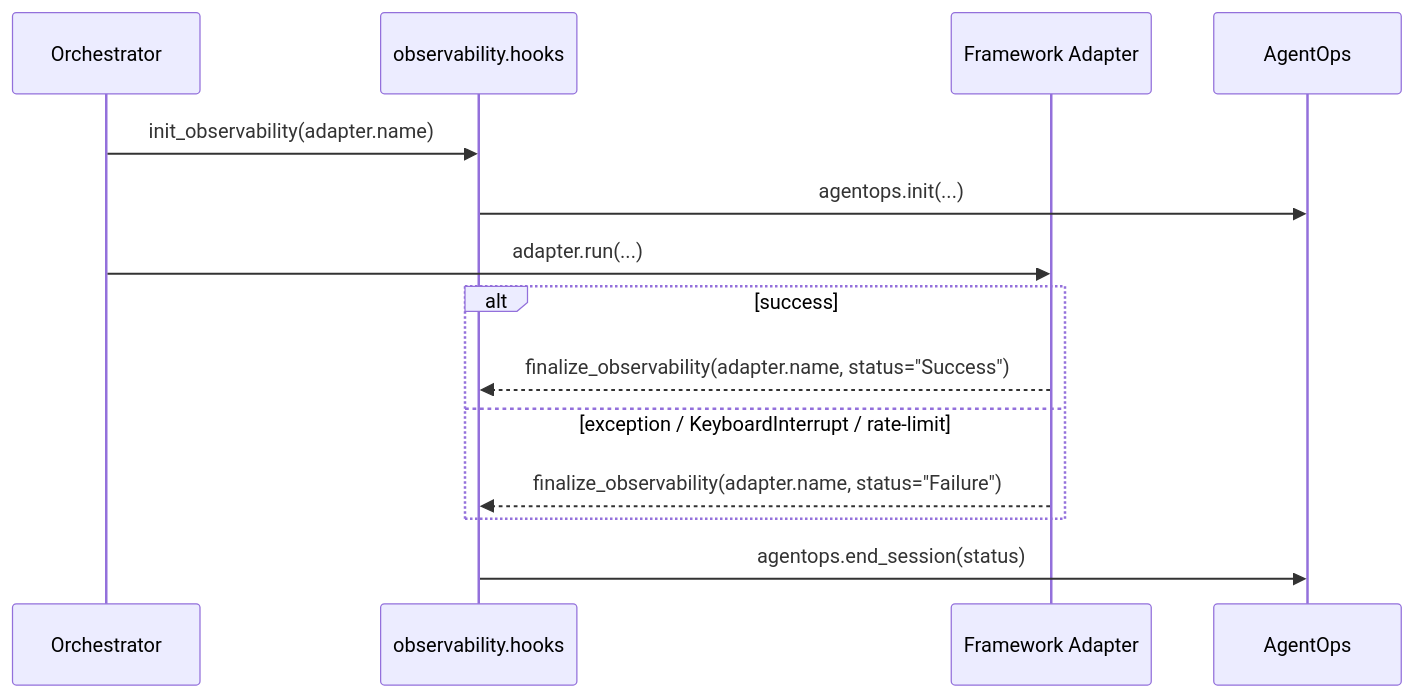
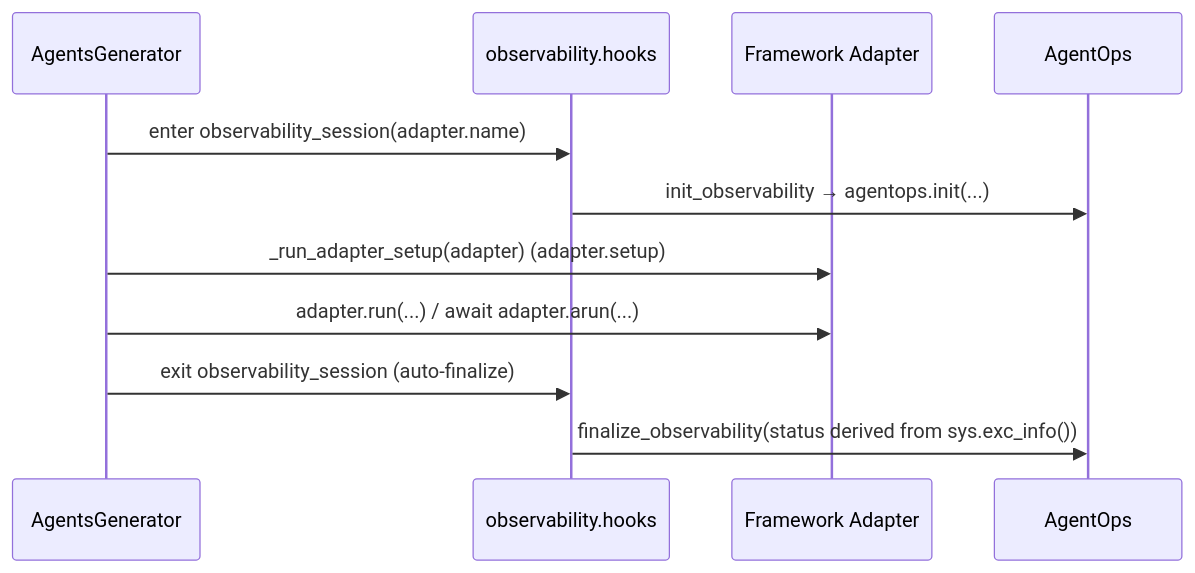
One commit to MervinPraison/PraisonAIDocs changed the second of 3 diagrams in docs/features/observability-hooks.mdx. Above: the diagram before and after it, drawn with Mermaid. The commit also changed other lines of this file and 1 other file, not shown here.

First line of the commit message:
docs: update observability + framework-adapter pages for PR #3152 (fixes #2134)

````diff
--- a/docs/features/observability-hooks.mdx
+++ b/docs/features/observability-hooks.mdx
@@ -154,17 +161,14 @@
 ```mermaid
 sequenceDiagram
-    participant Orch as Orchestrator
+    participant Gen as AgentsGenerator
     participant Hook as observability.hooks
     participant Adapter as Framework Adapter
     participant AOps as AgentOps
 
-    Orch->>Hook: init_observability(adapter.name)
-    Hook->>AOps: agentops.init(...)
-    Orch->>Adapter: adapter.run(...)
-    alt success
-        Adapter-->>Hook: finalize_observability(adapter.name, status="Success")
-    else exception / KeyboardInterrupt / rate-limit
-        Adapter-->>Hook: finalize_observability(adapter.name, status="Failure")
-    end
-    Hook->>AOps: agentops.end_session(status)
+    Gen->>Hook: enter observability_session(adapter.name)
+    Hook->>AOps: init_observability → agentops.init(...)
+    Gen->>Adapter: _run_adapter_setup(adapter)  (adapter.setup)
+    Gen->>Adapter: adapter.run(...) / await adapter.arun(...)
+    Gen->>Hook: exit observability_session (auto-finalize)
+    Hook->>AOps: finalize_observability(status derived from sys.exc_info())
 ```
````
